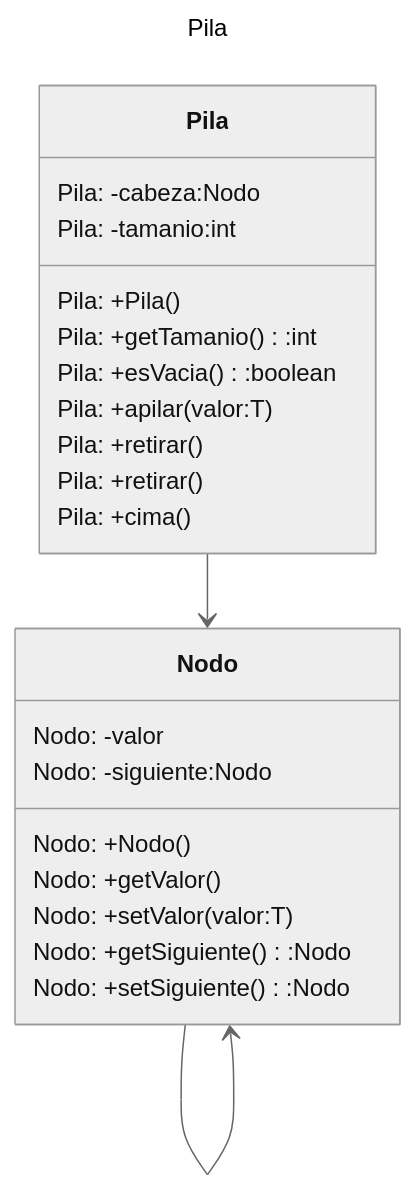
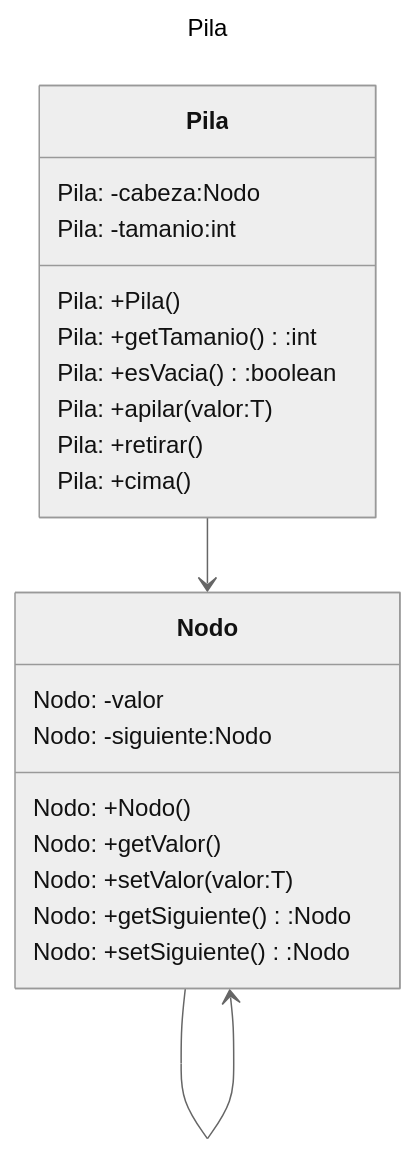
One commit to AED1026-EDD-GC-EJ24/https-github.com-AED1026-EDD-GC-EJ24-GHUB.java.EJ.ELineales_ortiz_lopez_victor changed the first of 3 diagrams in README.md. Above: the diagram before and after it, drawn with Mermaid (neutral theme). The commit also changed 4 other files, not shown here.

````diff
--- a/README.md
+++ b/README.md
@@ -28,32 +28,31 @@
 ```mermaid
 ---
 title: Pila
 ---
 classDiagram
       class Nodo  {
          Nodo: -valor 
          Nodo: -siguiente:Nodo<T>
          Nodo: +Nodo()
          Nodo: +getValor()
          Nodo: +setValor(valor:T)
          Nodo: +getSiguiente():Nodo<T>
          Nodo: +setSiguiente():Nodo<T>
       }
       class Pila{
          Pila: -cabeza:Nodo<T>
          Pila: -tamanio:int
          Pila: +Pila()
          Pila: +getTamanio():int
          Pila: +esVacia():boolean
          Pila: +apilar(valor:T)
          Pila: +retirar()
-         Pila: +retirar()
          Pila: +cima()
 
       } 
       Nodo -->Nodo
       Pila -->Nodo
 
 
 
 ```
````
